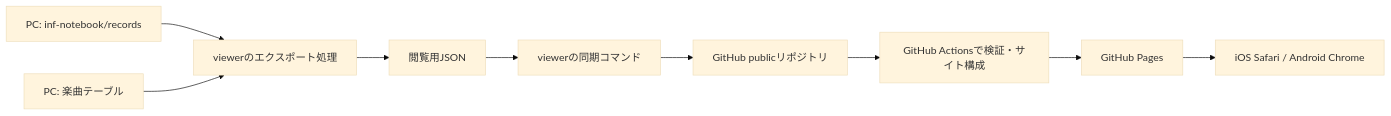
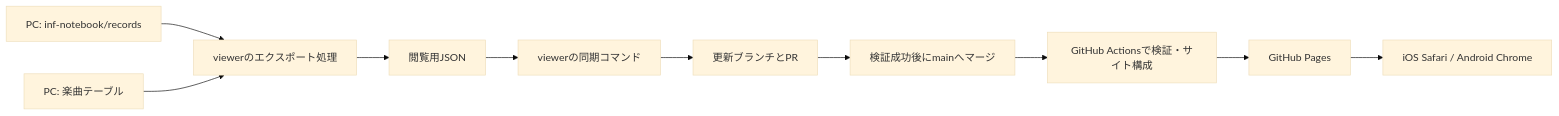
Before and after one commit to ryowatanabe/inf-notebook-viewer: the diagram in docs/architecture.md, drawn with Mermaid (base theme). The commit also changed other lines of this file and 6 other files, not shown here.

````diff
--- a/docs/architecture.md
+++ b/docs/architecture.md
@@ -9,11 +9,12 @@
 ```mermaid
 flowchart LR
   R[PC: inf-notebook/records] --> E[viewerのエクスポート処理]
   M[PC: 楽曲テーブル] --> E
   E --> J[閲覧用JSON]
   J --> S[viewerの同期コマンド]
-  S --> G[GitHub publicリポジトリ]
+  S --> U[更新ブランチとPR]
+  U --> G[検証成功後にmainへマージ]
   G --> A[GitHub Actionsで検証・サイト構成]
   A --> P[GitHub Pages]
   P --> B[iOS Safari / Android Chrome]
 ```
````
